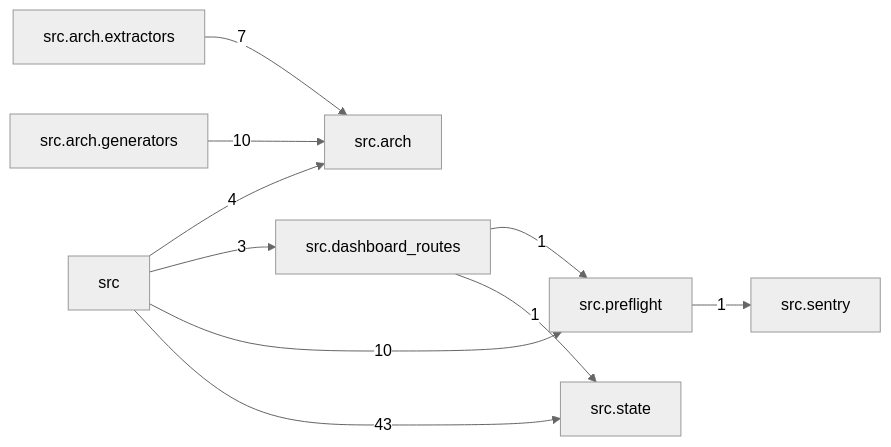
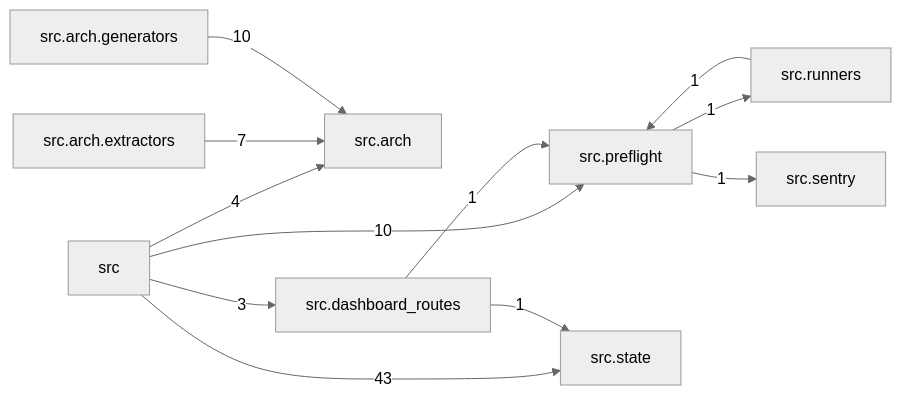
The diagram in docs/arch/generated/modules.md (T-rav/hyrdaflow), drawn with Mermaid (neutral theme) before and after one commit. The commit also changed other lines of this file and 17 other files, not shown here.

````diff
--- a/docs/arch/generated/modules.md
+++ b/docs/arch/generated/modules.md
@@ -7,20 +7,23 @@
 ```mermaid
 graph LR
     src["src"]
     src_arch["src.arch"]
     src_arch_extractors["src.arch.extractors"]
     src_arch_generators["src.arch.generators"]
     src_dashboard_routes["src.dashboard_routes"]
     src_preflight["src.preflight"]
+    src_runners["src.runners"]
     src_sentry["src.sentry"]
     src_state["src.state"]
     src -- "4" --> src_arch
     src -- "3" --> src_dashboard_routes
     src -- "10" --> src_preflight
     src -- "43" --> src_state
     src_arch_extractors -- "7" --> src_arch
     src_arch_generators -- "10" --> src_arch
     src_dashboard_routes -- "1" --> src_preflight
     src_dashboard_routes -- "1" --> src_state
+    src_preflight -- "1" --> src_runners
     src_preflight -- "1" --> src_sentry
+    src_runners -- "1" --> src_preflight
 ```
````
